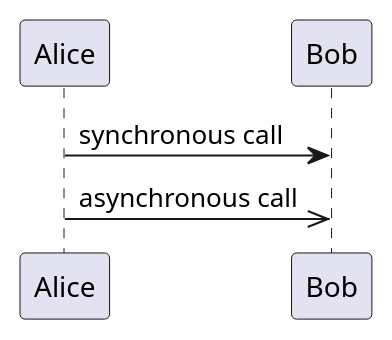
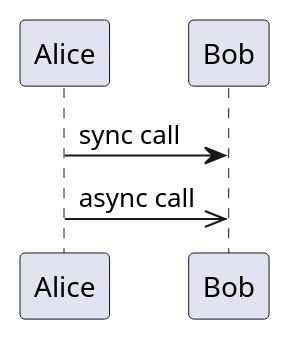
The first of 2 diagrams in org-beamer-template.org (jwiegley/thinking-with-functions), drawn with PlantUML before and after one commit. The commit also changed other lines of this file and 5 other files, not shown here.

Commit message:
Corrections and fixes; Haskell and diagrams evaluation not working

```diff
--- a/org-beamer-template.org
+++ b/org-beamer-template.org
@@ -71,4 +76,4 @@
-#+begin_src plantuml :file diagram1.svg :cmdline -tsvg :results file
-  Alice -> Bob: synchronous call
-  Alice ->> Bob: asynchronous call
+#+begin_src plantuml :file diagram1.svg :results file
+  Alice -> Bob: sync call
+  Alice ->> Bob: async call
 #+end_src
```
